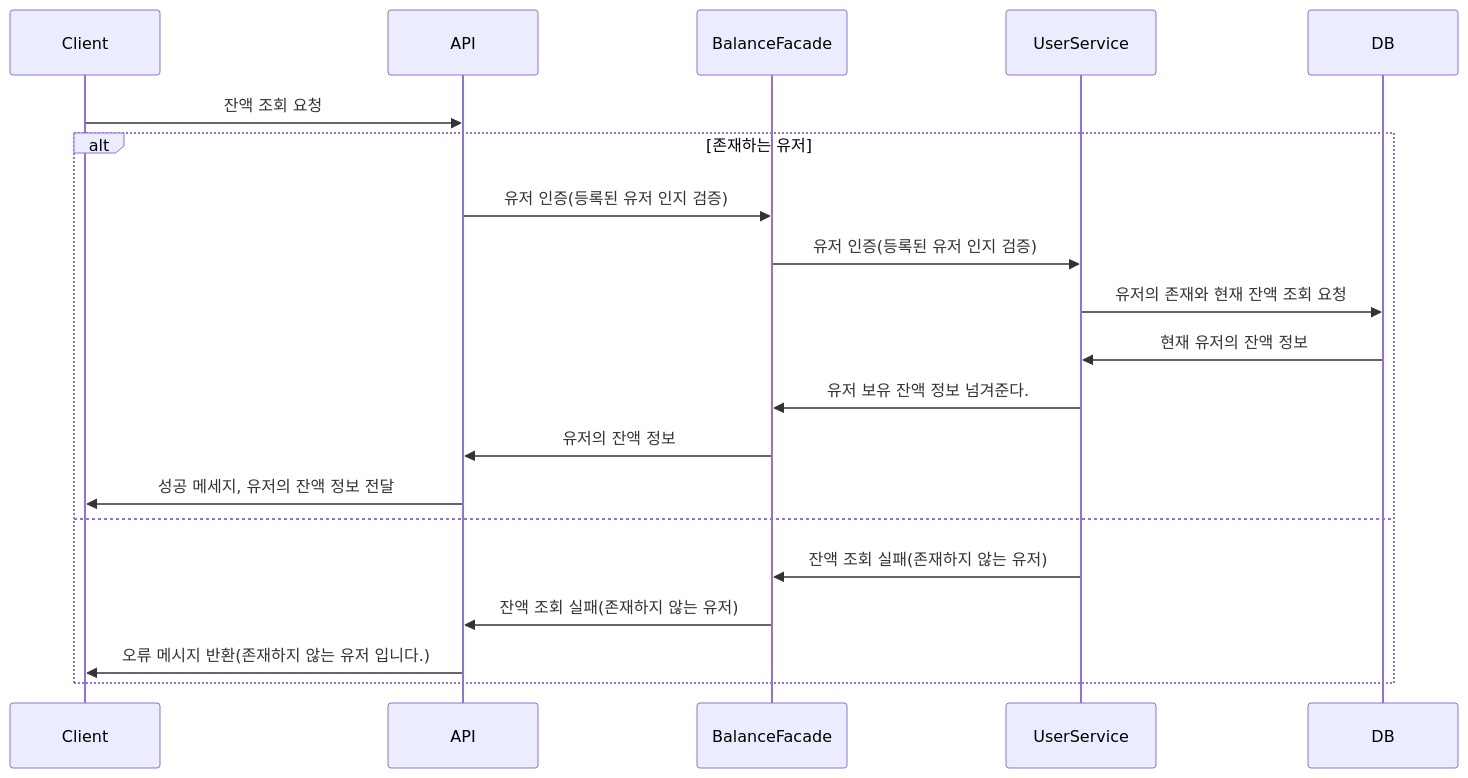
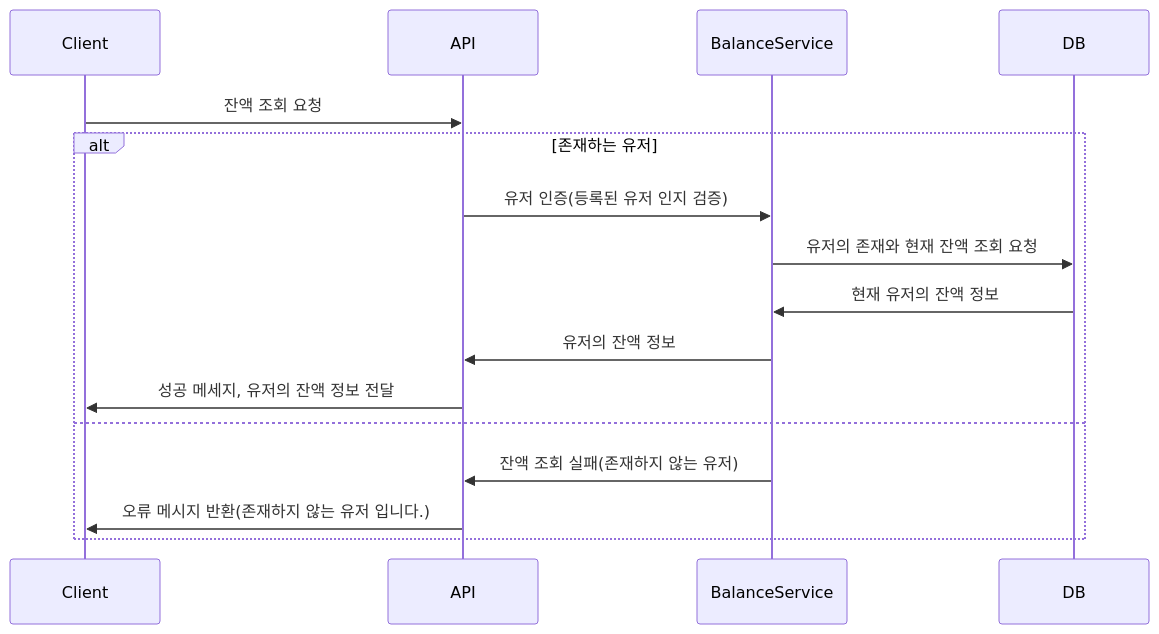
The second of 9 diagrams in docs/EventSequence.md (LeeJeongGi/hhplus-03-ecommerce), drawn with Mermaid before and after one commit. The commit also changed other lines of this file and 125 other files, not shown here.

````diff
--- a/docs/EventSequence.md
+++ b/docs/EventSequence.md
@@ -40,23 +40,19 @@
 ```mermaid
 sequenceDiagram
     participant Client
     participant API
-    participant BalanceFacade
-    participant UserService
+    participant BalanceService
     participant DB
 
     Client ->> API:잔액 조회 요청
     alt 존재하는 유저
-        API ->> BalanceFacade: 유저 인증(등록된 유저 인지 검증)
-        BalanceFacade ->> UserService: 유저 인증(등록된 유저 인지 검증)
-        UserService ->> DB: 유저의 존재와 현재 잔액 조회 요청
-        DB ->> UserService: 현재 유저의 잔액 정보
-        UserService ->> BalanceFacade: 유저 보유 잔액 정보 넘겨준다.
-        BalanceFacade ->> API: 유저의 잔액 정보
+        API ->> BalanceService: 유저 인증(등록된 유저 인지 검증)
+        BalanceService ->> DB: 유저의 존재와 현재 잔액 조회 요청
+        DB ->> BalanceService: 현재 유저의 잔액 정보
+        BalanceService ->> API: 유저의 잔액 정보
         API ->> Client: 성공 메세지, 유저의 잔액 정보 전달
     else
-        UserService ->> BalanceFacade: 잔액 조회 실패(존재하지 않는 유저)
-        BalanceFacade ->> API: 잔액 조회 실패(존재하지 않는 유저)
+        BalanceService ->> API: 잔액 조회 실패(존재하지 않는 유저)
         API ->> Client: 오류 메시지 반환(존재하지 않는 유저 입니다.)
     end
 ```
````
